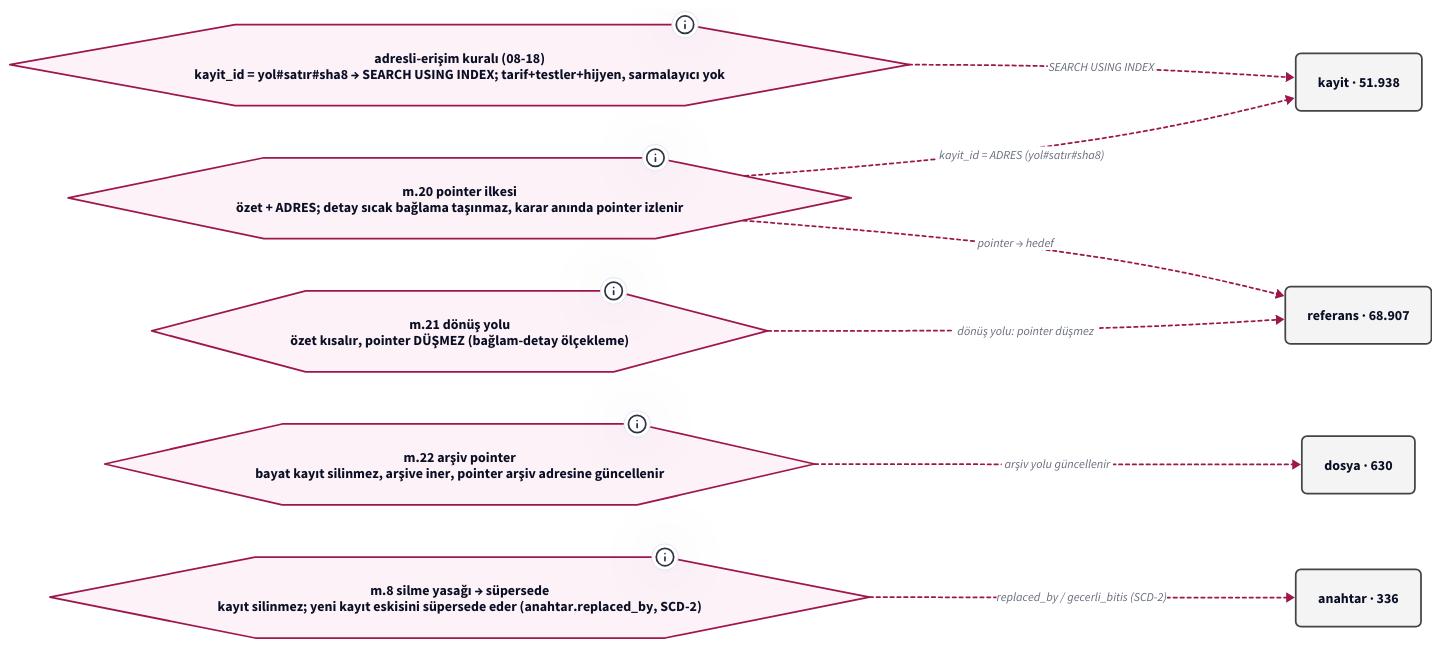
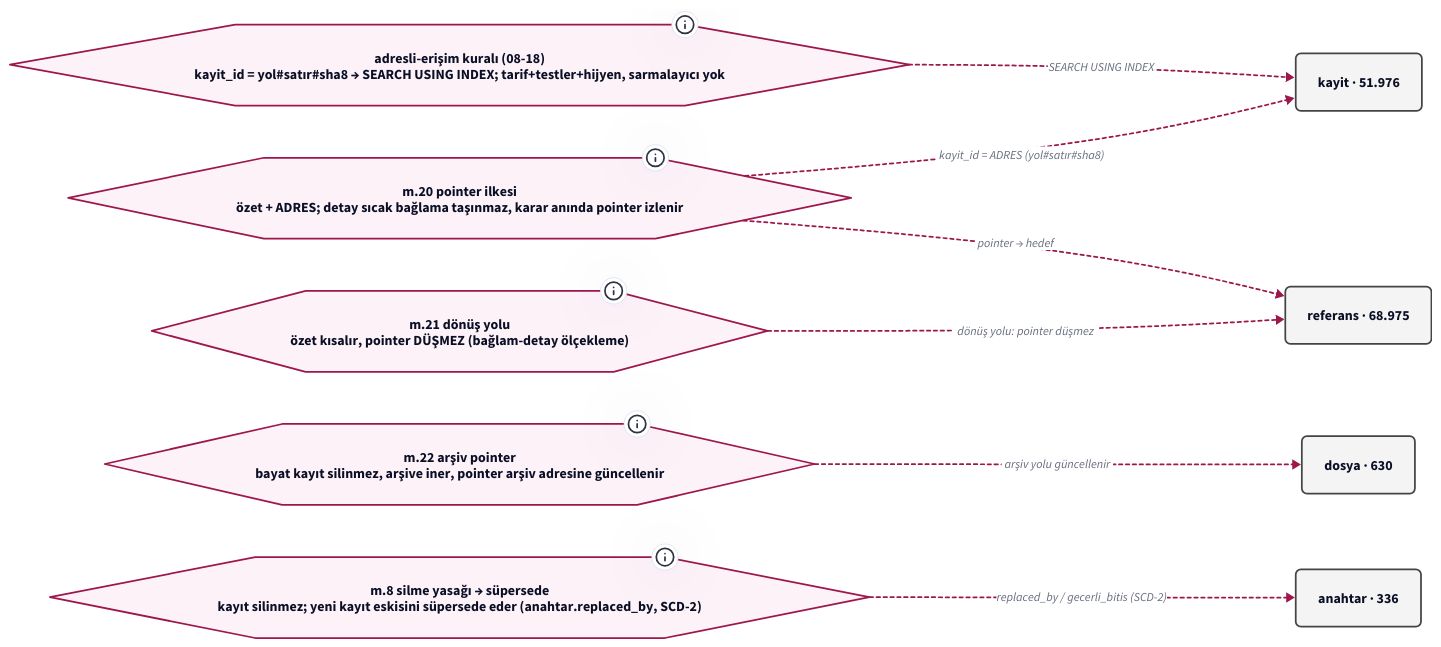
Before and after one commit to salihsahinin/sistem: the diagram in graf/pointer-sistemi-v0-ilke.d2, drawn with D2. The commit also changed 49 other files, not shown here.

```diff
--- a/graf/pointer-sistemi-v0-ilke.d2
+++ b/graf/pointer-sistemi-v0-ilke.d2
@@ -1,33 +1,33 @@
 # Jarvis POINTER SİSTEMİ — POINTER İLKESİ → MEKANİZMA (pano 3/4) (türetilmiş görünüm; ham kaynak silver/bronz)
-# üretici: tools/pointer-graf.py · silver 39ebfd1 · HEAD 39ebfd1 · d2 v0.8.1-HEAD · render: d2 --layout=elk (ELK bundled; TALA girmez; determinizm yerel sha256 ile ölçülür — Karar 65)
+# üretici: tools/pointer-graf.py · silver b14d72a · HEAD b14d72a · d2 v0.8.1-HEAD · render: d2 --layout=elk (ELK bundled; TALA girmez; determinizm yerel sha256 ile ölçülür — Karar 65)
 # içerik katmanı: düğüm/kenar = silver'dan script türetimi (LLM yazmaz); ilke/kronoloji = kanon SABİTİ (pointer'lı, script içinde); yorum katmanı = bu # satırları
 direction: right
 classes: {
   kutu: { style: { fill: "#F4F4F4"; stroke: "#444444"; font-size: 16; border-radius: 6 } }
   pointer: { style: { fill: "#E8F0FE"; stroke: "#1A56DB"; border-radius: 6 } }
   anahtar: { style: { fill: "#FFF4E5"; stroke: "#B45309"; border-radius: 6 } }
   hat: { style: { fill: "#ECFDF5"; stroke: "#047857"; bold: true; border-radius: 6 } }
   ilke: { shape: hexagon; style: { fill: "#FDF2F8"; stroke: "#9D174D" } }
   kron: { shape: page; style: { fill: "#FFFFFF"; stroke: "#6B7280" } }
   dis: { shape: cloud; style: { fill: "#FAFAFA"; stroke: "#9CA3AF" } }
   kirik: { style: { stroke: "#DC2626"; stroke-dash: 3; font-size: 14 } }
   supersede: { style: { stroke: "#B45309"; stroke-dash: 5 } }
   fk: { style: { stroke: "#444444"; font-size: 14 } }
   turetir: { style: { stroke: "#047857"; stroke-width: 3 } }
   uygular: { style: { stroke: "#9D174D"; stroke-dash: 2; font-size: 14 } }
 }
 adres: "adresli-erişim kuralı (08-18)\nkayit_id = yol#satır#sha8 → SEARCH USING INDEX; tarif+testler+hijyen, sarmalayıcı yok" { class: ilke; tooltip: "KILAVUZ.md tasarım-ilkeleri · kuyruk/senaryo-defteri.md Karar 62" }
 m20: "m.20 pointer ilkesi\nözet + ADRES; detay sıcak bağlama taşınmaz, karar anında pointer izlenir" { class: ilke; tooltip: "core/tuzuk-v0.md m.20 · wiki/pointer-sistemi.md" }
 m21: "m.21 dönüş yolu\nözet kısalır, pointer DÜŞMEZ (bağlam-detay ölçekleme)" { class: ilke; tooltip: "core/tuzuk-v0.md m.21" }
 m22: "m.22 arşiv pointer\nbayat kayıt silinmez, arşive iner, pointer arşiv adresine güncellenir" { class: ilke; tooltip: "core/tuzuk-v0.md m.22" }
 m8: "m.8 silme yasağı → süpersede\nkayıt silinmez; yeni kayıt eskisini süpersede eder (anahtar.replaced_by, SCD-2)" { class: ilke; tooltip: "core/tuzuk-v0.md m.8 · core/baglam-anahtar-kaydi.md §3" }
-kayit: "kayit · 51.938" { class: kutu }
-referans: "referans · 68.907" { class: kutu }
+kayit: "kayit · 51.976" { class: kutu }
+referans: "referans · 68.975" { class: kutu }
 dosya: "dosya · 630" { class: kutu }
 anahtar: "anahtar · 336" { class: kutu }
 adres -> kayit: "SEARCH USING INDEX" { class: uygular }
 m20 -> kayit: "kayit_id = ADRES (yol#satır#sha8)" { class: uygular }
 m20 -> referans: "pointer → hedef" { class: uygular }
 m21 -> referans: "dönüş yolu: pointer düşmez" { class: uygular }
 m22 -> dosya: "arşiv yolu güncellenir" { class: uygular }
 m8 -> anahtar: "replaced_by / gecerli_bitis (SCD-2)" { class: uygular }
```
